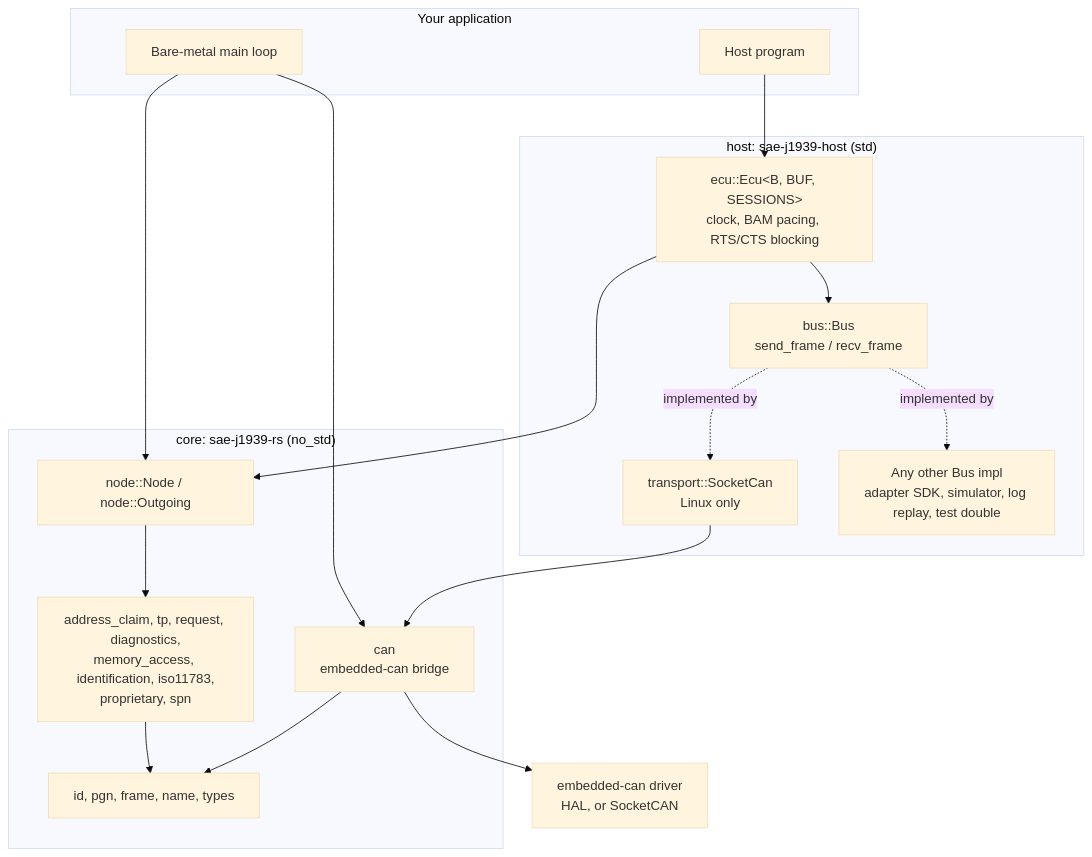
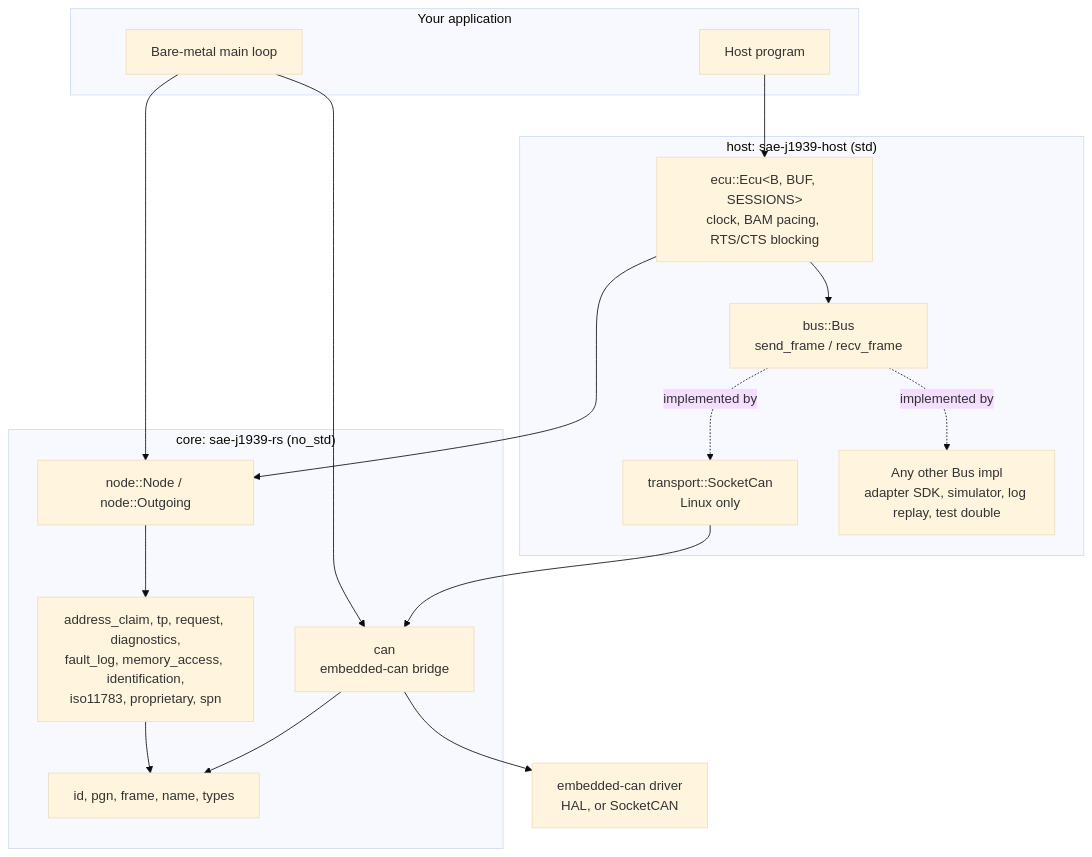
One commit to KarpagamKarthikeyan/sae-j1939-rs changed the first of 18 diagrams in ARCHITECTURE.md. Above: the diagram before and after it, drawn with Mermaid (base theme). The commit also changed other lines of this file and 14 other files, not shown here.

````diff
--- a/ARCHITECTURE.md
+++ b/ARCHITECTURE.md
@@ -46,36 +47,36 @@
 ```mermaid
 flowchart TB
     subgraph app["Your application"]
         mcuapp["Bare-metal main loop"]
         hostapp["Host program"]
     end
 
     subgraph host["host: sae-j1939-host (std)"]
         ecu["ecu::Ecu&lt;B, BUF, SESSIONS&gt;<br/>clock, BAM pacing, RTS/CTS blocking"]
         bustrait["bus::Bus<br/>send_frame / recv_frame"]
         socketcan["transport::SocketCan<br/>Linux only"]
         other["Any other Bus impl<br/>adapter SDK, simulator, log replay, test double"]
     end
 
     subgraph core["core: sae-j1939-rs (no_std)"]
         node["node::Node / node::Outgoing"]
-        proto["address_claim, tp, request, diagnostics,<br/>memory_access, identification, iso11783,<br/>proprietary, spn"]
+        proto["address_claim, tp, request, diagnostics,<br/>fault_log, memory_access, identification,<br/>iso11783, proprietary, spn"]
         wire["id, pgn, frame, name, types"]
         canbridge["can<br/>embedded-can bridge"]
     end
 
     hal["embedded-can driver<br/>HAL, or SocketCAN"]
 
     mcuapp --> node
     mcuapp --> canbridge
     hostapp --> ecu
     ecu --> bustrait
     bustrait -.implemented by.-> socketcan
     bustrait -.implemented by.-> other
     socketcan --> canbridge
     ecu --> node
     node --> proto
     proto --> wire
     canbridge --> wire
     canbridge --> hal
 ```
````
